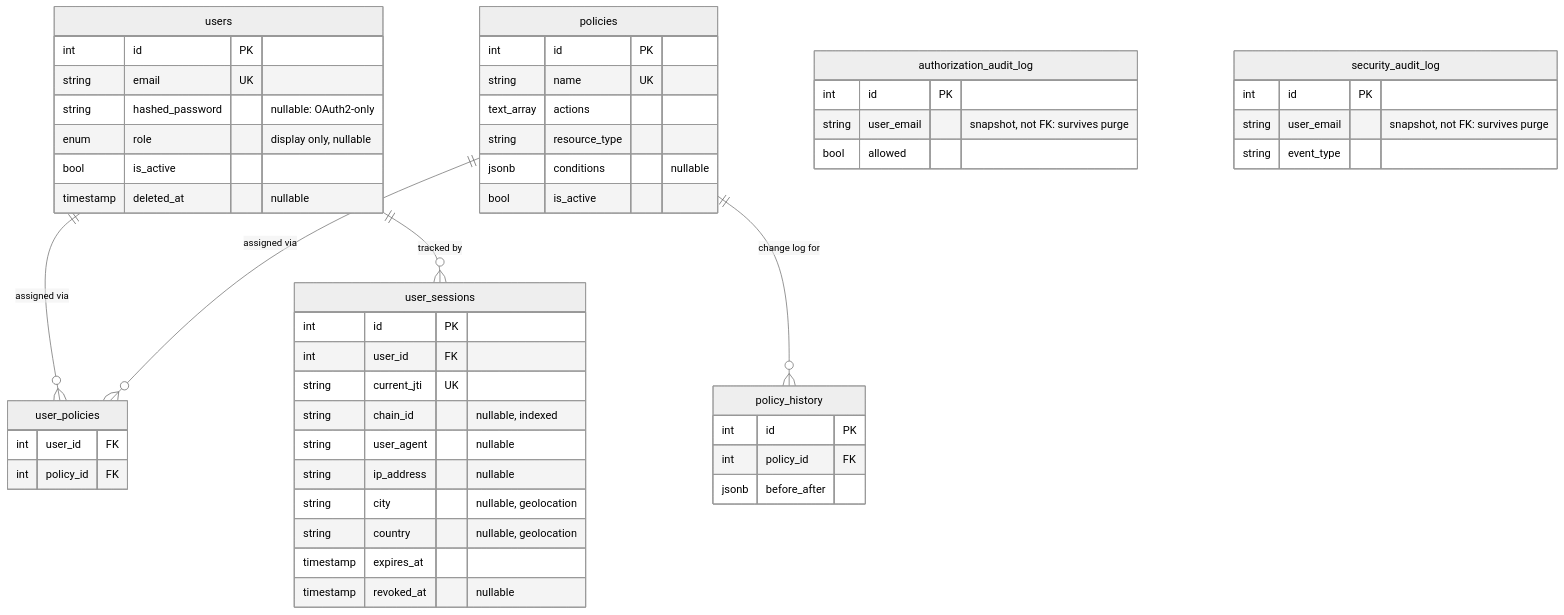
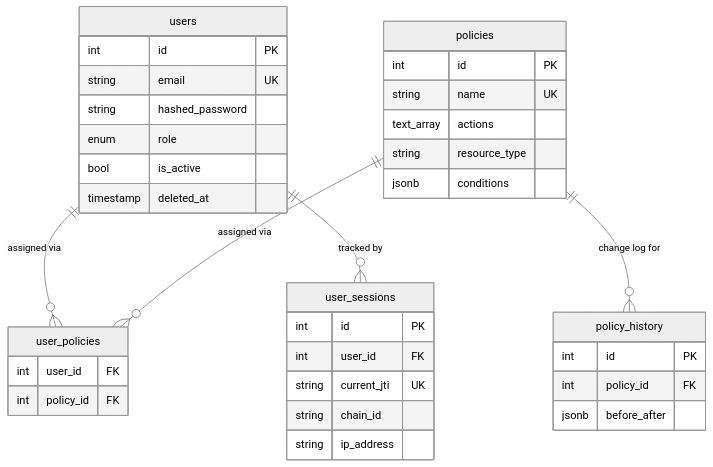
The first of 2 diagrams in docs/mystic_auth/database/design.md (Nachiket-2024/mystic-auth), drawn with Mermaid (neutral theme) before and after one commit. The commit also changed other lines of this file and 350 other files, not shown here.

````diff
--- a/docs/mystic_auth/database/design.md
+++ b/docs/mystic_auth/database/design.md
@@ -5,55 +7,40 @@
 ```mermaid
+%%{init: {"er": {"fontSize": 18}} }%%
 erDiagram
-    users ||--o{ user_policies: "assigned via"
-    policies ||--o{ user_policies: "assigned via"
-    policies ||--o{ policy_history: "change log for"
-    users ||--o{ user_sessions: "tracked by"
+    users ||--o{ user_policies : "assigned via"
+    policies ||--o{ user_policies : "assigned via"
+    policies ||--o{ policy_history : "change log for"
+    users ||--o{ user_sessions : "tracked by"
 
     users {
         int id PK
         string email UK
-        string hashed_password "nullable: OAuth2-only"
-        enum role "display only, nullable"
+        string hashed_password
+        enum role
         bool is_active
-        timestamp deleted_at "nullable"
+        timestamp deleted_at
     }
     policies {
         int id PK
         string name UK
         text_array actions
         string resource_type
-        jsonb conditions "nullable"
-        bool is_active
+        jsonb conditions
     }
     user_policies {
         int user_id FK
         int policy_id FK
     }
     policy_history {
         int id PK
         int policy_id FK
         jsonb before_after
     }
-    authorization_audit_log {
-        int id PK
-        string user_email "snapshot, not FK: survives purge"
-        bool allowed
-    }
-    security_audit_log {
-        int id PK
-        string user_email "snapshot, not FK: survives purge"
-        string event_type
-    }
     user_sessions {
         int id PK
         int user_id FK
         string current_jti UK
-        string chain_id "nullable, indexed"
-        string user_agent "nullable"
-        string ip_address "nullable"
-        string city "nullable, geolocation"
-        string country "nullable, geolocation"
-        timestamp expires_at
-        timestamp revoked_at "nullable"
+        string chain_id
+        string ip_address
     }
 ```
````
